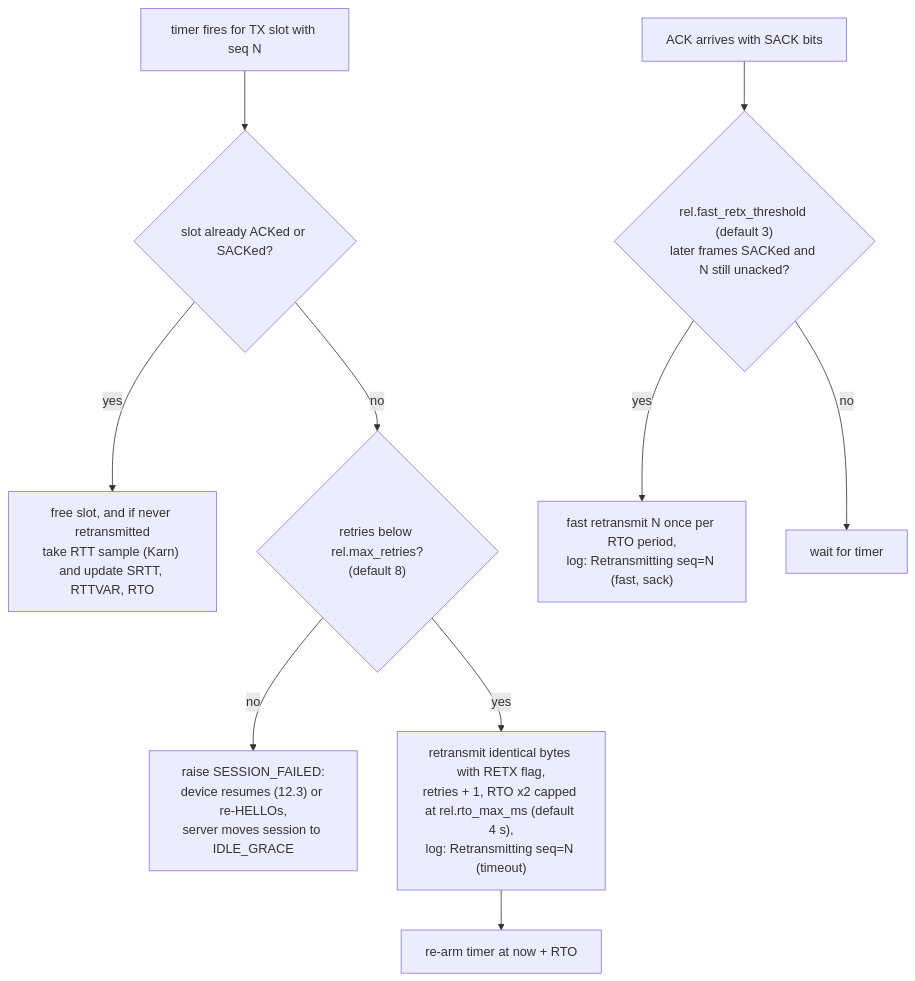
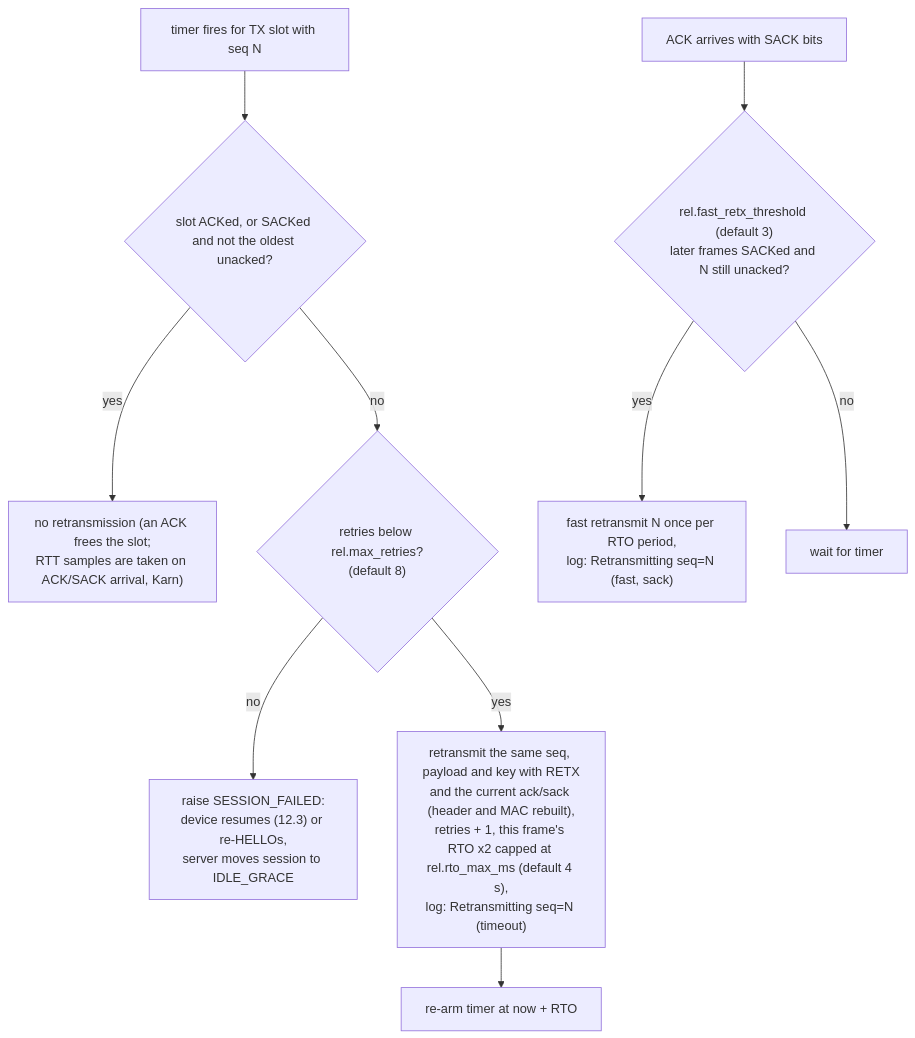
The tenth of 23 diagrams in DESIGN.md (heysunilvk/ztp-project), drawn with Mermaid before and after one commit. The commit also changed other lines of this file and 5 other files, not shown here.

````diff
--- a/DESIGN.md
+++ b/DESIGN.md
@@ -1011,12 +1013,12 @@
 ```mermaid
 flowchart TD
-    T["timer fires for TX slot with seq N"] --> A{"slot already ACKed or SACKed?"}
-    A -- yes --> Z["free slot, and if never retransmitted<br/>take RTT sample (Karn) and update SRTT, RTTVAR, RTO"]
+    T["timer fires for TX slot with seq N"] --> A{"slot ACKed, or SACKed and not the oldest unacked?"}
+    A -- yes --> Z["no retransmission (an ACK frees the slot;<br/>RTT samples are taken on ACK/SACK arrival, Karn)"]
     A -- no --> B{"retries below rel.max_retries?<br/>(default 8)"}
     B -- no --> F["raise SESSION_FAILED:<br/>device resumes (12.3) or re-HELLOs,<br/>server moves session to IDLE_GRACE"]
-    B -- yes --> C["retransmit identical bytes with RETX flag,<br/>retries + 1, RTO x2 capped at rel.rto_max_ms (default 4 s),<br/>log: Retransmitting seq=N (timeout)"]
+    B -- yes --> C["retransmit the same seq, payload and key with RETX<br/>and the current ack/sack (header and MAC rebuilt),<br/>retries + 1, this frame's RTO x2 capped at rel.rto_max_ms (default 4 s),<br/>log: Retransmitting seq=N (timeout)"]
     C --> R["re-arm timer at now + RTO"]
     S["ACK arrives with SACK bits"] --> G{"rel.fast_retx_threshold (default 3)<br/>later frames SACKed and N still unacked?"}
     G -- yes --> H["fast retransmit N once per RTO period,<br/>log: Retransmitting seq=N (fast, sack)"]
     G -- no --> W["wait for timer"]
 ```
````
